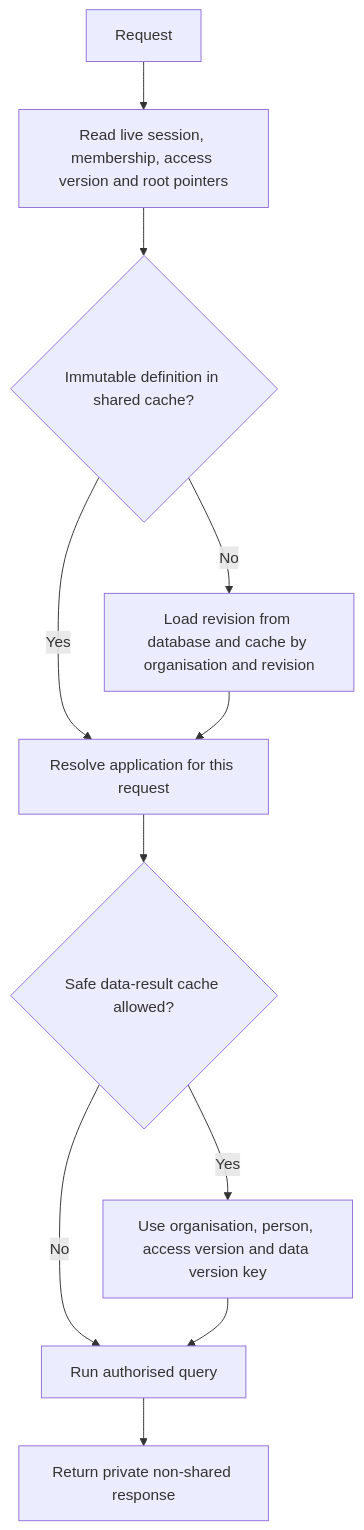
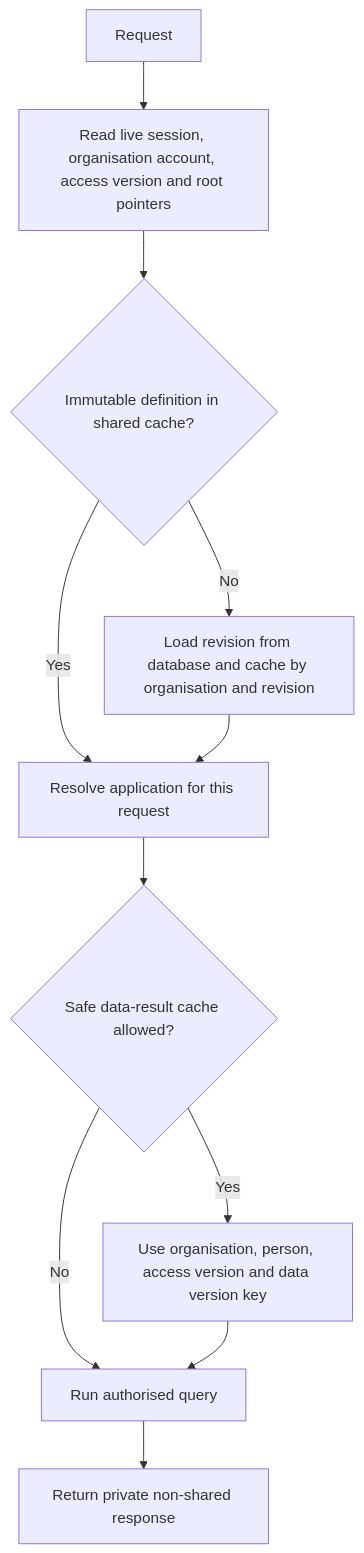
Before and after one commit to Abzum-NZ/Abzum-Vortex: the second of 2 diagrams in docs/specification/17-runtime-storage-and-caching.md, drawn with Mermaid. The commit also changed other lines of this file and 21 other files, not shown here.

````diff
--- a/docs/specification/17-runtime-storage-and-caching.md
+++ b/docs/specification/17-runtime-storage-and-caching.md
@@ -71,13 +72,13 @@
 ```mermaid
 flowchart TD
-    REQ[Request] --> LIVE[Read live session, membership, access version and root pointers]
+    REQ[Request] --> LIVE[Read live session, organisation account, access version and root pointers]
     LIVE --> DEF{Immutable definition in shared cache?}
     DEF -- Yes --> RESOLVE[Resolve application for this request]
     DEF -- No --> DBDEF[Load revision from database and cache by organisation and revision]
     DBDEF --> RESOLVE
     RESOLVE --> DATA{Safe data-result cache allowed?}
     DATA -- Yes --> CHECK[Use organisation, person, access version and data version key]
     DATA -- No --> QUERY[Run authorised query]
     CHECK --> QUERY
     QUERY --> PAGE[Return private non-shared response]
 ```
````
